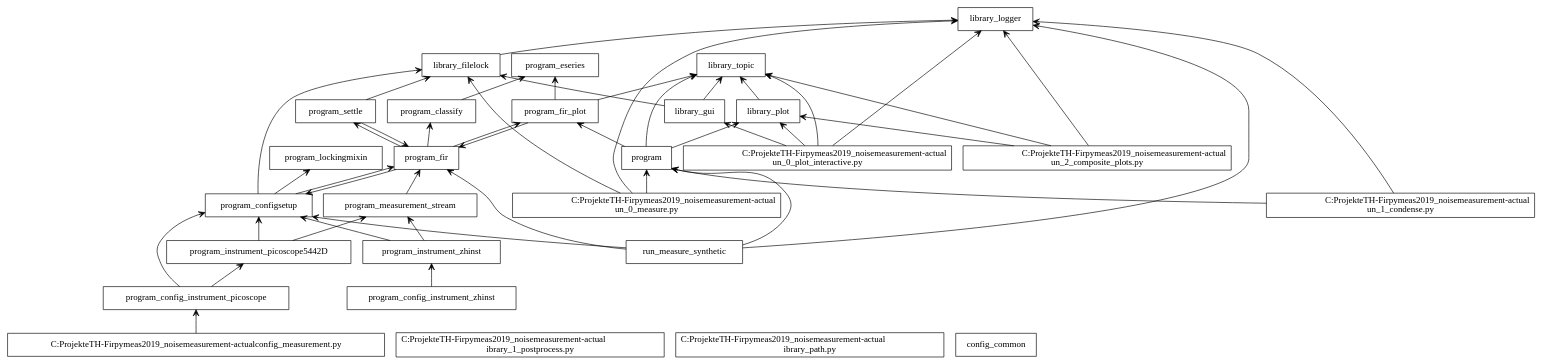
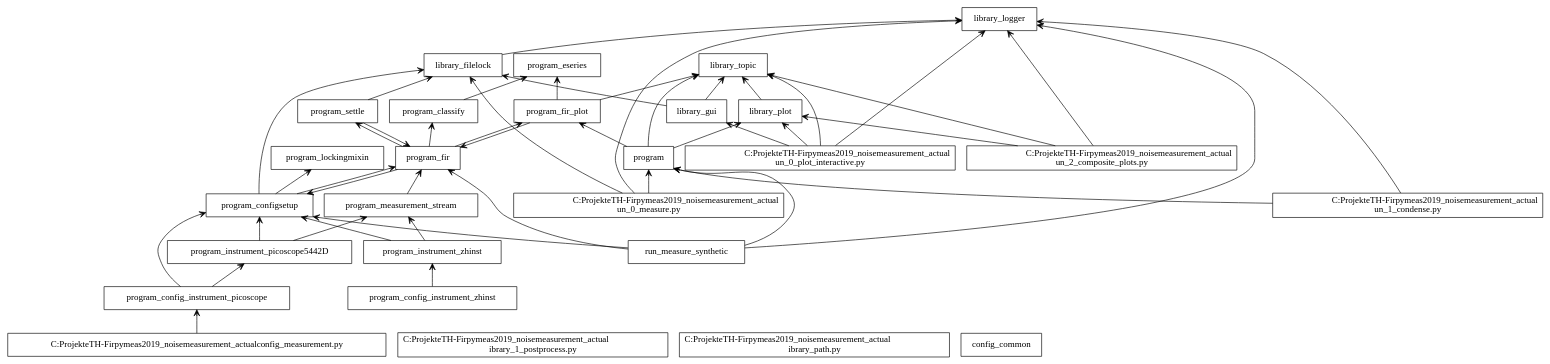
Before and after one commit to nanophysics/pymeas2019_noise: the diagram in documentation/developer_diagrams/packages_pymeas2019_noise.dot, drawn with Graphviz. The commit also changed 41 other files, not shown here.

Commit message:
measurement-actual -> measurement_actual ruff, mypy

```diff
--- a/documentation/developer_diagrams/packages_pymeas2019_noise.dot
+++ b/documentation/developer_diagrams/packages_pymeas2019_noise.dot
@@ -1,76 +1,76 @@
 digraph "packages_pymeas2019_noise" {
 charset="utf-8"
 rankdir=BT
-"0" [label="C:\Projekte\ETH-Fir\pymeas2019_noise\measurement-actual\config_measurement.py", shape="box"];
-"1" [label="C:\Projekte\ETH-Fir\pymeas2019_noise\measurement-actual\library_1_postprocess.py", shape="box"];
-"2" [label="C:\Projekte\ETH-Fir\pymeas2019_noise\measurement-actual\library_path.py", shape="box"];
-"3" [label="C:\Projekte\ETH-Fir\pymeas2019_noise\measurement-actual\run_0_measure.py", shape="box"];
-"4" [label="C:\Projekte\ETH-Fir\pymeas2019_noise\measurement-actual\run_0_plot_interactive.py", shape="box"];
-"5" [label="C:\Projekte\ETH-Fir\pymeas2019_noise\measurement-actual\run_1_condense.py", shape="box"];
-"6" [label="C:\Projekte\ETH-Fir\pymeas2019_noise\measurement-actual\run_2_composite_plots.py", shape="box"];
+"0" [label="C:\Projekte\ETH-Fir\pymeas2019_noise\measurement_actual\config_measurement.py", shape="box"];
+"1" [label="C:\Projekte\ETH-Fir\pymeas2019_noise\measurement_actual\library_1_postprocess.py", shape="box"];
+"2" [label="C:\Projekte\ETH-Fir\pymeas2019_noise\measurement_actual\library_path.py", shape="box"];
+"3" [label="C:\Projekte\ETH-Fir\pymeas2019_noise\measurement_actual\run_0_measure.py", shape="box"];
+"4" [label="C:\Projekte\ETH-Fir\pymeas2019_noise\measurement_actual\run_0_plot_interactive.py", shape="box"];
+"5" [label="C:\Projekte\ETH-Fir\pymeas2019_noise\measurement_actual\run_1_condense.py", shape="box"];
+"6" [label="C:\Projekte\ETH-Fir\pymeas2019_noise\measurement_actual\run_2_composite_plots.py", shape="box"];
 "7" [label="config_common", shape="box"];
 "8" [label="library_filelock", shape="box"];
 "9" [label="library_gui", shape="box"];
 "10" [label="library_logger", shape="box"];
 "11" [label="library_plot", shape="box"];
 "12" [label="library_topic", shape="box"];
 "13" [label="program", shape="box"];
 "14" [label="program_classify", shape="box"];
 "15" [label="program_config_instrument_picoscope", shape="box"];
 "16" [label="program_config_instrument_zhinst", shape="box"];
 "17" [label="program_configsetup", shape="box"];
 "18" [label="program_eseries", shape="box"];
 "19" [label="program_fir", shape="box"];
 "20" [label="program_fir_plot", shape="box"];
 "21" [label="program_instrument_picoscope5442D", shape="box"];
 "22" [label="program_instrument_zhinst", shape="box"];
 "23" [label="program_lockingmixin", shape="box"];
 "24" [label="program_measurement_stream", shape="box"];
 "25" [label="program_settle", shape="box"];
 "26" [label="run_measure_synthetic", shape="box"];
 "0" -> "15" [arrowhead="open", arrowtail="none"];
 "3" -> "8" [arrowhead="open", arrowtail="none"];
 "3" -> "10" [arrowhead="open", arrowtail="none"];
 "3" -> "13" [arrowhead="open", arrowtail="none"];
 "4" -> "9" [arrowhead="open", arrowtail="none"];
 "4" -> "10" [arrowhead="open", arrowtail="none"];
 "4" -> "11" [arrowhead="open", arrowtail="none"];
 "4" -> "12" [arrowhead="open", arrowtail="none"];
 "5" -> "10" [arrowhead="open", arrowtail="none"];
 "5" -> "13" [arrowhead="open", arrowtail="none"];
 "6" -> "10" [arrowhead="open", arrowtail="none"];
 "6" -> "11" [arrowhead="open", arrowtail="none"];
 "6" -> "12" [arrowhead="open", arrowtail="none"];
 "8" -> "10" [arrowhead="open", arrowtail="none"];
 "9" -> "8" [arrowhead="open", arrowtail="none"];
 "9" -> "12" [arrowhead="open", arrowtail="none"];
 "11" -> "12" [arrowhead="open", arrowtail="none"];
 "13" -> "11" [arrowhead="open", arrowtail="none"];
 "13" -> "12" [arrowhead="open", arrowtail="none"];
 "13" -> "20" [arrowhead="open", arrowtail="none"];
 "14" -> "18" [arrowhead="open", arrowtail="none"];
 "15" -> "17" [arrowhead="open", arrowtail="none"];
 "15" -> "21" [arrowhead="open", arrowtail="none"];
 "16" -> "22" [arrowhead="open", arrowtail="none"];
 "17" -> "8" [arrowhead="open", arrowtail="none"];
 "17" -> "19" [arrowhead="open", arrowtail="none"];
 "17" -> "23" [arrowhead="open", arrowtail="none"];
 "19" -> "14" [arrowhead="open", arrowtail="none"];
 "19" -> "17" [arrowhead="open", arrowtail="none"];
 "19" -> "20" [arrowhead="open", arrowtail="none"];
 "19" -> "25" [arrowhead="open", arrowtail="none"];
 "20" -> "12" [arrowhead="open", arrowtail="none"];
 "20" -> "18" [arrowhead="open", arrowtail="none"];
 "20" -> "19" [arrowhead="open", arrowtail="none"];
 "21" -> "17" [arrowhead="open", arrowtail="none"];
 "21" -> "24" [arrowhead="open", arrowtail="none"];
 "22" -> "17" [arrowhead="open", arrowtail="none"];
 "22" -> "24" [arrowhead="open", arrowtail="none"];
 "24" -> "19" [arrowhead="open", arrowtail="none"];
 "25" -> "8" [arrowhead="open", arrowtail="none"];
 "25" -> "19" [arrowhead="open", arrowtail="none"];
 "26" -> "10" [arrowhead="open", arrowtail="none"];
 "26" -> "13" [arrowhead="open", arrowtail="none"];
 "26" -> "17" [arrowhead="open", arrowtail="none"];
 "26" -> "19" [arrowhead="open", arrowtail="none"];
 }
```
